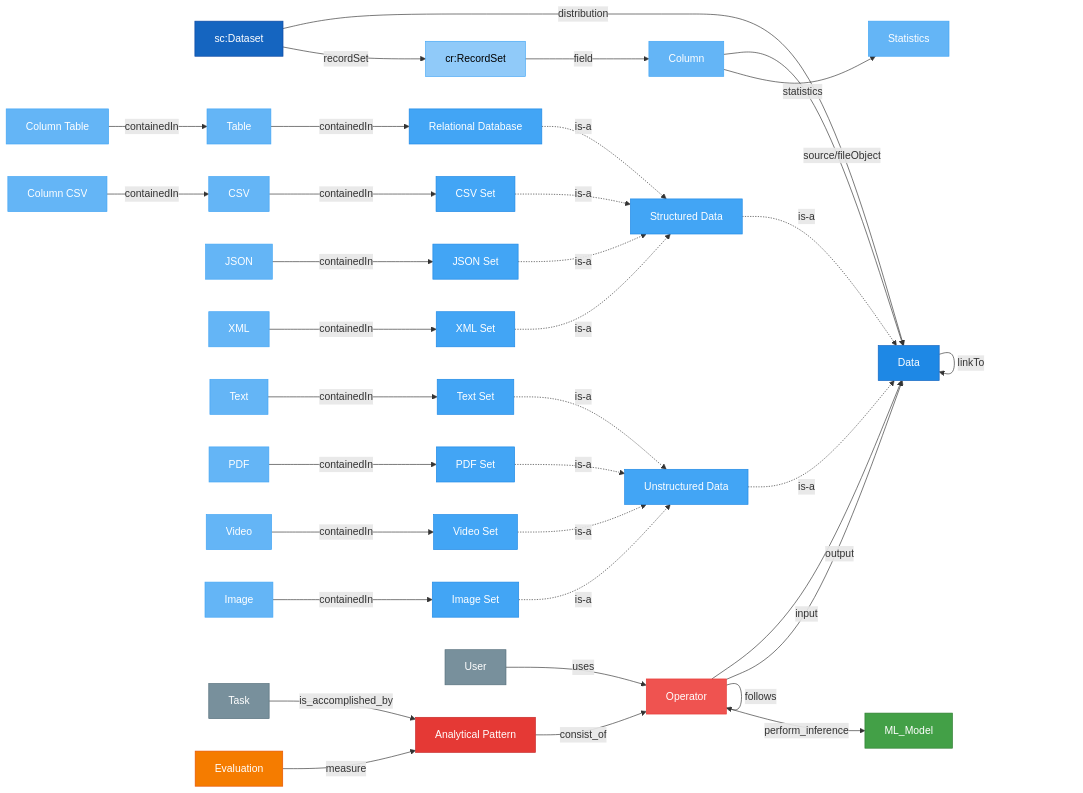
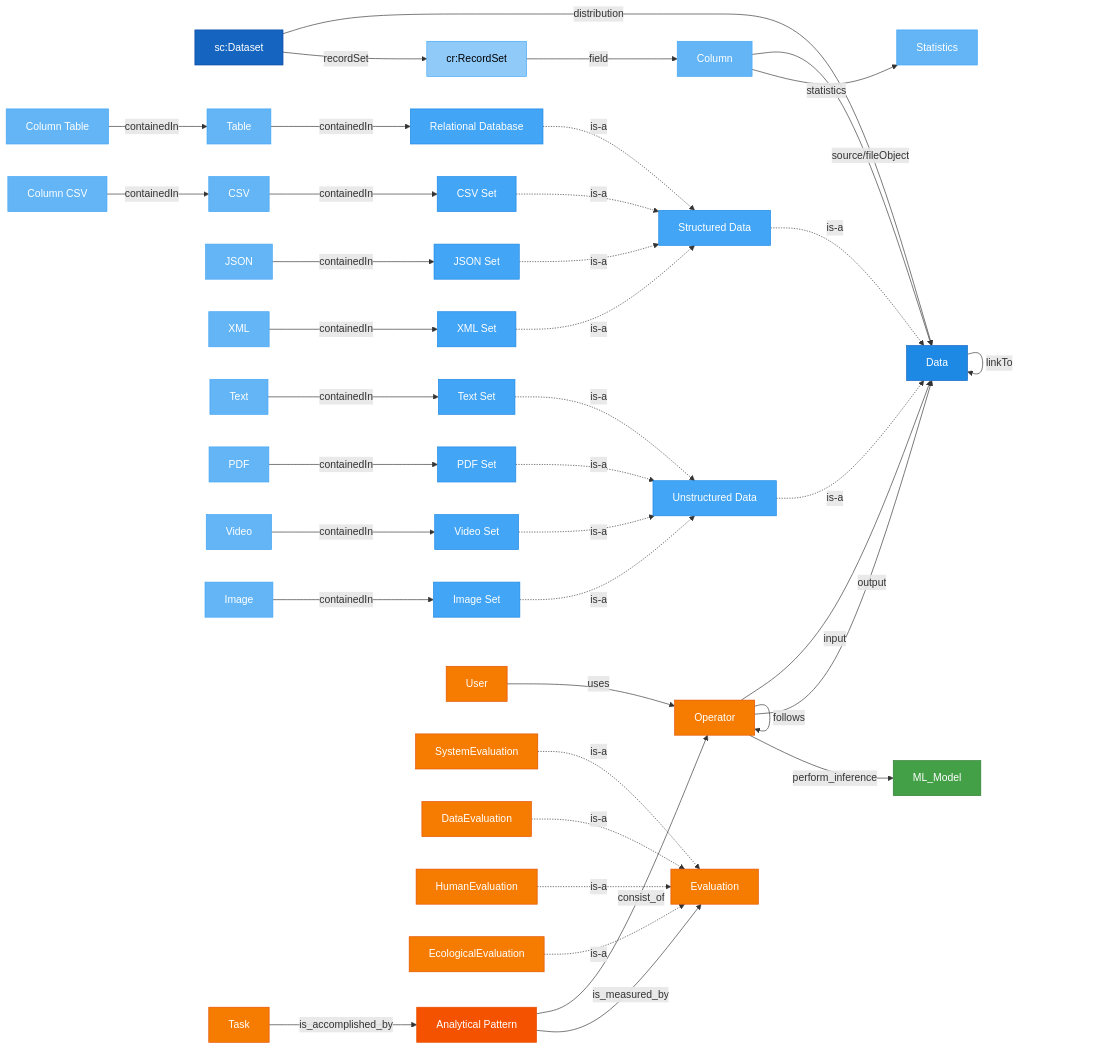
Before and after one commit to datagems-eosc/moma-management: the diagram in README.md, drawn with Mermaid. The commit also changed other lines of this file, not shown here.

Commit message:
chore(readme): Documenting evaluation nodes

````diff
--- a/README.md
+++ b/README.md
@@ -38,10 +42,10 @@
   classDef dataChild fill:#42A5F5,stroke:#1E88E5,color:#fff
   classDef dataLeaf fill:#64B5F6,stroke:#42A5F5,color:#fff
   classDef record fill:#90CAF9,stroke:#42A5F5,color:#000
-  classDef ap fill:#E53935,stroke:#C62828,color:#fff
-  classDef operator fill:#EF5350,stroke:#E53935,color:#fff
+  classDef ap fill:#f55200,stroke:#E65100,color:#fff
+  classDef operator fill:#F57C00,stroke:#E65100,color:#fff
   classDef ml fill:#43A047,stroke:#2E7D32,color:#fff
-  classDef misc fill:#78909C,stroke:#546E7A,color:#fff
+  classDef misc fill:#F57C00,stroke:#E65100,color:#fff
   classDef evaluation fill:#F57C00,stroke:#E65100,color:#fff
 
   %% ── Dataset subgraph ────────────────────────────────────
@@ -118,6 +122,14 @@
 
   %% ── Evaluation subgraph ────────────────────────────────
   Evaluation:::evaluation
+  SystemEvaluation:::evaluation
+  DataEvaluation:::evaluation
+  HumanEvaluation:::evaluation
+  EcologicalEvaluation:::evaluation
 
-  Evaluation -- measure --> AP
+  AP -- is_measured_by --> Evaluation
+  SystemEvaluation -. "is-a" .-> Evaluation
+  DataEvaluation -. "is-a" .-> Evaluation
+  HumanEvaluation -. "is-a" .-> Evaluation
+  EcologicalEvaluation -. "is-a" .-> Evaluation
 ```
````
